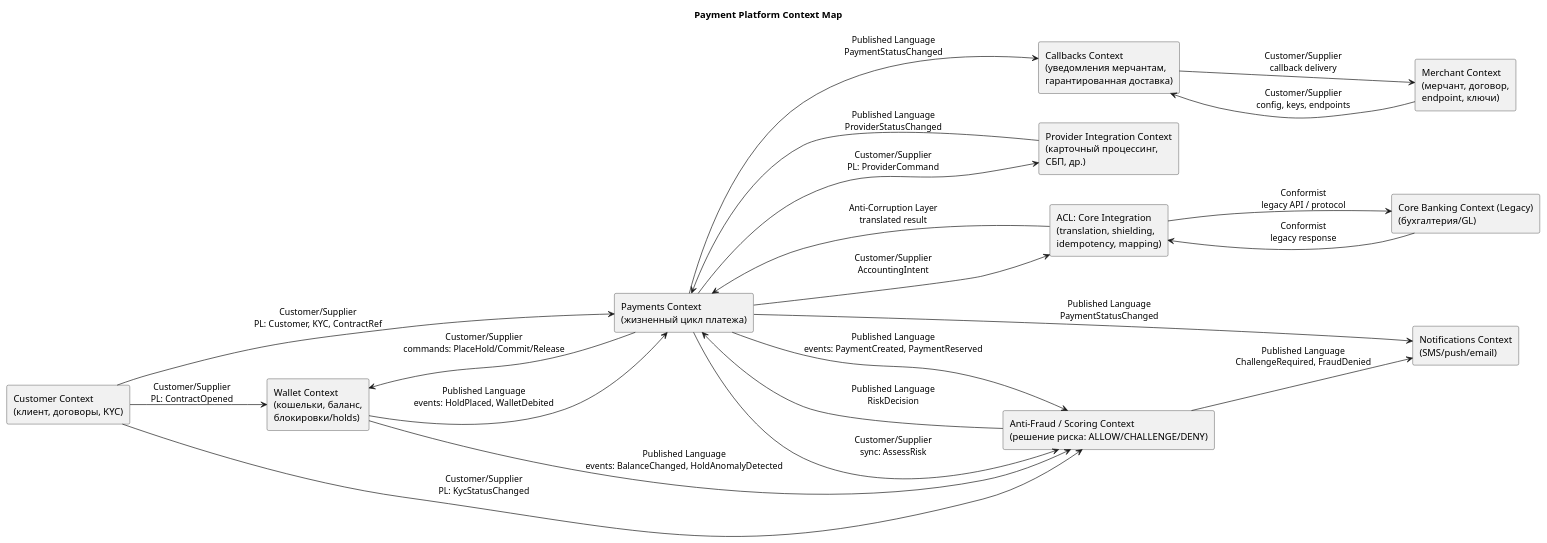
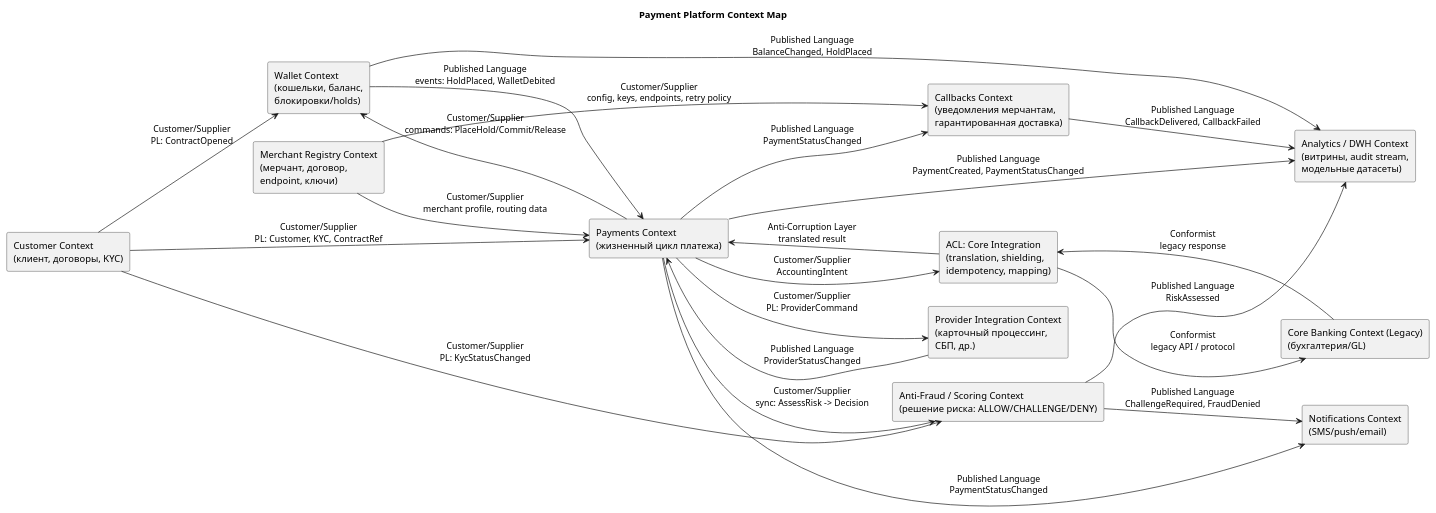
The diagram in system-design/architecture/diagrams/context-map.puml (ZobovPA/sdia), drawn with PlantUML before and after one commit. The commit also changed 2 other files, not shown here.

```diff
--- a/system-design/architecture/diagrams/context-map.puml
+++ b/system-design/architecture/diagrams/context-map.puml
@@ -1,46 +1,46 @@
 @startuml
 skinparam componentStyle rectangle
 left to right direction
 
 title Payment Platform Context Map
 
 rectangle "Customer Context\n(клиент, договоры, KYC)" as CUST
+rectangle "Merchant Registry Context\n(мерчант, договор,\nendpoint, ключи)" as MER
 rectangle "Wallet Context\n(кошельки, баланс,\nблокировки/holds)" as WLT
 rectangle "Payments Context\n(жизненный цикл платежа)" as PAY
 rectangle "Anti-Fraud / Scoring Context\n(решение риска: ALLOW/CHALLENGE/DENY)" as FRD
 rectangle "Notifications Context\n(SMS/push/email)" as NTF
 rectangle "Callbacks Context\n(уведомления мерчантам,\nгарантированная доставка)" as CB
-rectangle "Merchant Context\n(мерчант, договор,\nendpoint, ключи)" as MER
+rectangle "Analytics / DWH Context\n(витрины, audit stream,\nмодельные датасеты)" as ANL
 rectangle "Provider Integration Context\n(карточный процессинг,\nСБП, др.)" as PRV
 rectangle "Core Banking Context (Legacy)\n(бухгалтерия/GL)" as CORE
 rectangle "ACL: Core Integration\n(translation, shielding,\nidempotency, mapping)" as ACL
 
 CUST --> PAY : Customer/Supplier\nPL: Customer, KYC, ContractRef
 CUST --> WLT : Customer/Supplier\nPL: ContractOpened
 CUST --> FRD : Customer/Supplier\nPL: KycStatusChanged
+MER --> PAY : Customer/Supplier\nmerchant profile, routing data
+MER --> CB : Customer/Supplier\nconfig, keys, endpoints, retry policy
 
-PAY --> FRD : Customer/Supplier\nsync: AssessRisk
-FRD --> PAY : Published Language\nRiskDecision
+PAY --> FRD : Customer/Supplier\nsync: AssessRisk -> Decision
 
 PAY --> WLT : Customer/Supplier\ncommands: PlaceHold/Commit/Release
 WLT --> PAY : Published Language\nevents: HoldPlaced, WalletDebited
 
 PAY --> PRV : Customer/Supplier\nPL: ProviderCommand
 PRV --> PAY : Published Language\nProviderStatusChanged
 
 PAY --> CB : Published Language\nPaymentStatusChanged
-CB --> MER : Customer/Supplier\ncallback delivery
-MER --> CB : Customer/Supplier\nconfig, keys, endpoints
-
 PAY --> NTF : Published Language\nPaymentStatusChanged
 FRD --> NTF : Published Language\nChallengeRequired, FraudDenied
+PAY --> ANL : Published Language\nPaymentCreated, PaymentStatusChanged
+WLT --> ANL : Published Language\nBalanceChanged, HoldPlaced
+FRD --> ANL : Published Language\nRiskAssessed
+CB --> ANL : Published Language\nCallbackDelivered, CallbackFailed
 
 PAY --> ACL : Customer/Supplier\nAccountingIntent
 ACL --> CORE : Conformist\nlegacy API / protocol
 CORE --> ACL : Conformist\nlegacy response
 ACL --> PAY : Anti-Corruption Layer\ntranslated result
 
-PAY --> FRD : Published Language\nevents: PaymentCreated, PaymentReserved
-WLT --> FRD : Published Language\nevents: BalanceChanged, HoldAnomalyDetected
-
 @enduml
```
